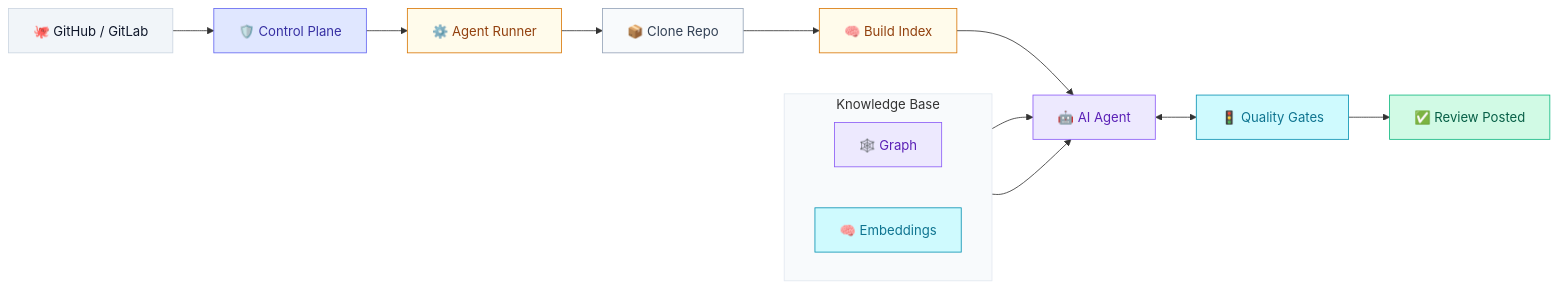
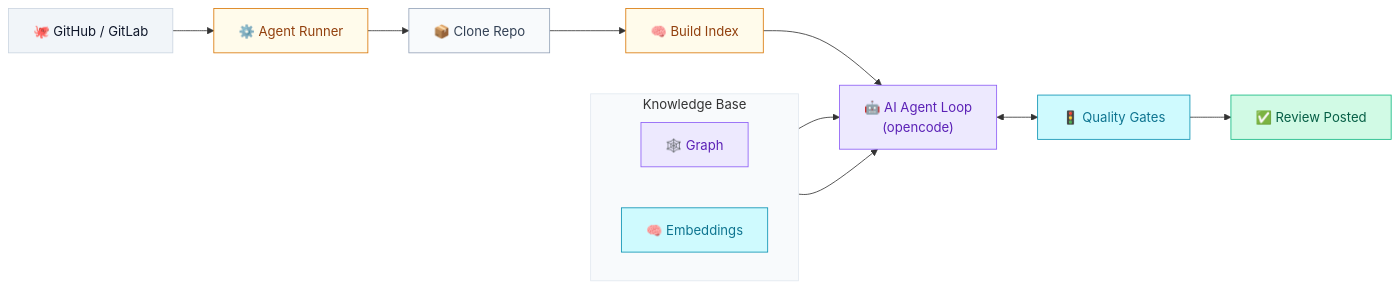
Before and after one commit to ADORSYS-GIS/ai-governance: the diagram in docs/integrations/lightbridge-code-intelligence/00-overview.md, drawn with Mermaid. The commit also changed other lines of this file and 2 other files, not shown here.

First line of the commit message:
Merge GitHub and GitLab integrations into single overview

````diff
--- a/docs/integrations/lightbridge-code-intelligence/00-overview.md
+++ b/docs/integrations/lightbridge-code-intelligence/00-overview.md
@@ -61,30 +7,28 @@
 ```mermaid
 flowchart LR
-    GH[🐙 GitHub / GitLab] --> CP[🛡️ Control Plane]
-    CP --> AR[⚙️ Agent Runner]
-    AR --> CR[📦 Clone Repo]
-    CR --> BI[🧠 Build Index]
-    BI --> AI[🤖 AI Agent]
-    AI <--> QG[🚦 Quality Gates]
-    QG --> RP[✅ Review Posted]
+    A[🐙 GitHub / GitLab] --> C[⚙️ Agent Runner]
+    C --> D[📦 Clone Repo]
+    D --> E[🧠 Build Index]
+    E --> F["🤖 AI Agent Loop\n(opencode)"]
+    F <--> G[🚦 Quality Gates]
+    G --> H[✅ Review Posted]
 
     subgraph KB[" Knowledge Base "]
       direction LR
-      G[🕸️ Graph]
-      E[🧠 Embeddings]
+      I[🕸️ Graph]
+      J[🧠 Embeddings]
     end
 
-    G & E --> AI
+    I & J --> F
 
-    style GH fill:#f1f5f9,stroke:#cbd5e1,color:#0f172a
-    style CP fill:#e0e7ff,stroke:#6366f1,color:#3730a3
-    style AR fill:#fffbeb,stroke:#d97706,color:#92400e
-    style CR fill:#f8fafc,stroke:#94a3b8,color:#334155
-    style BI fill:#fffbeb,stroke:#d97706,color:#92400e
-    style AI fill:#ede9fe,stroke:#8b5cf6,color:#5b21b6
-    style QG fill:#cffafe,stroke:#0891b2,color:#0e7490
-    style RP fill:#d1fae5,stroke:#10b981,color:#065f46
-    style G fill:#ede9fe,stroke:#8b5cf6,color:#5b21b6
-    style E fill:#cffafe,stroke:#0891b2,color:#0e7490
+    style A fill:#f1f5f9,stroke:#cbd5e1,color:#0f172a
+    style C fill:#fffbeb,stroke:#d97706,color:#92400e
+    style D fill:#f8fafc,stroke:#94a3b8,color:#334155
+    style E fill:#fffbeb,stroke:#d97706,color:#92400e
+    style F fill:#ede9fe,stroke:#8b5cf6,color:#5b21b6
+    style G fill:#cffafe,stroke:#0891b2,color:#0e7490
+    style H fill:#d1fae5,stroke:#10b981,color:#065f46
+    style I fill:#ede9fe,stroke:#8b5cf6,color:#5b21b6
+    style J fill:#cffafe,stroke:#0891b2,color:#0e7490
     style KB fill:#f8fafc,stroke:#e2e8f0
 ```
````
